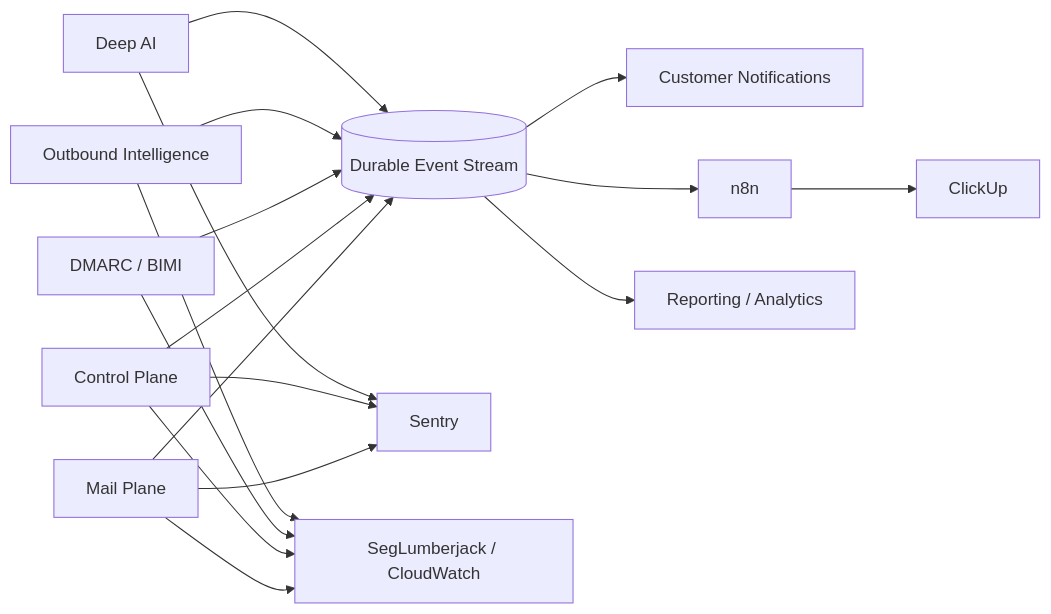
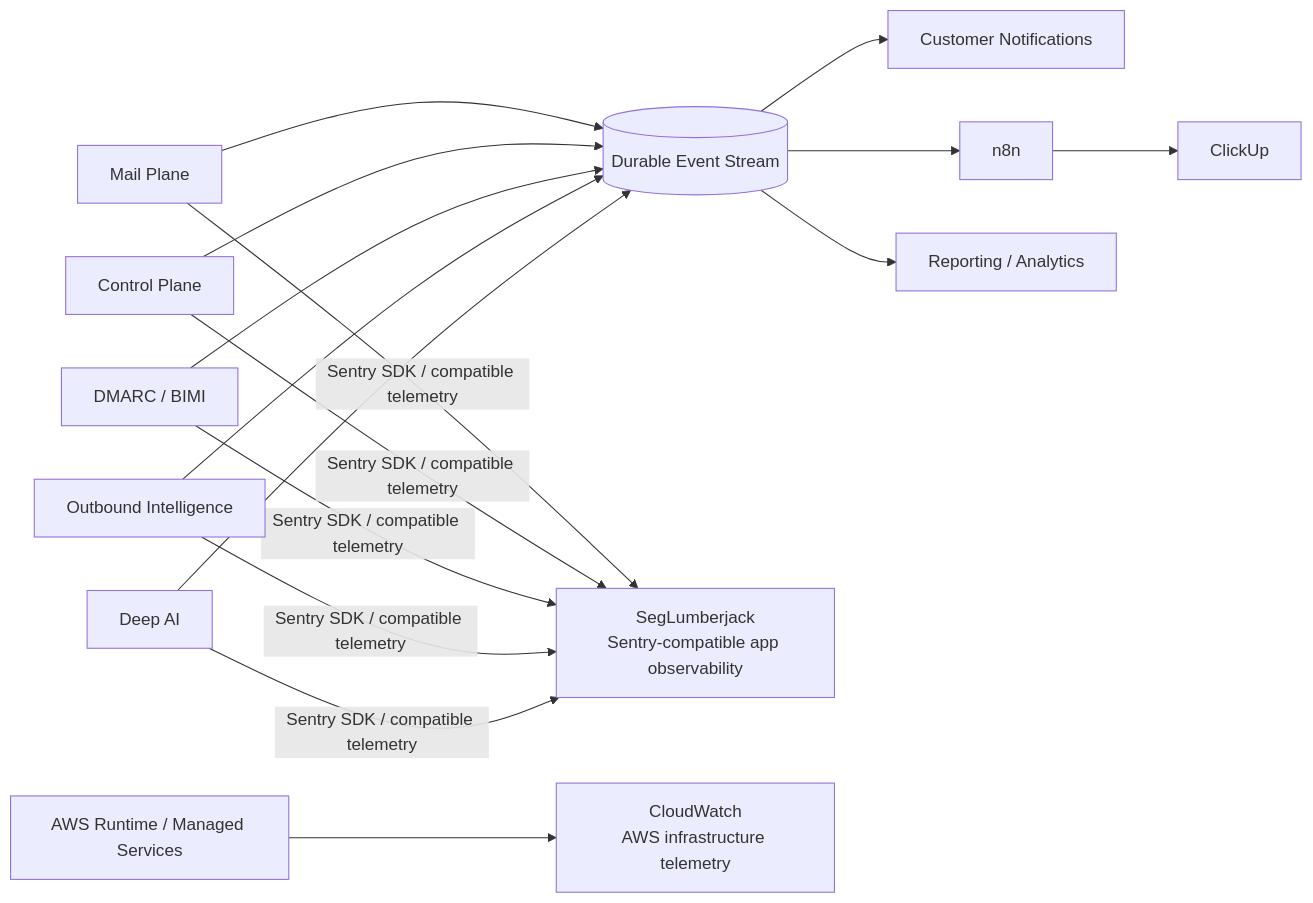
Before and after one commit to Oba-SEG/Nullapart: the diagram in docs/diagrams/07-event-operations-flow.mmd, drawn with Mermaid.

Commit message:
docs: correct observability event flow

```diff
--- a/docs/diagrams/07-event-operations-flow.mmd
+++ b/docs/diagrams/07-event-operations-flow.mmd
@@ -1,34 +1,33 @@
 flowchart LR
     Mail[Mail Plane]
     Control[Control Plane]
     DMARC[DMARC / BIMI]
     Outbound[Outbound Intelligence]
     DeepAI[Deep AI]
 
     Streams[(Durable Event Stream)]
 
     Notify[Customer Notifications]
     N8N[n8n]
     ClickUp[ClickUp]
-    Sentry[Sentry]
-    Logs[SegLumberjack / CloudWatch]
+    Seg[SegLumberjack\nSentry-compatible app observability]
+    CW[CloudWatch\nAWS infrastructure telemetry]
     Analytics[Reporting / Analytics]
 
     Mail --> Streams
     Control --> Streams
     DMARC --> Streams
     Outbound --> Streams
     DeepAI --> Streams
 
     Streams --> Notify
     Streams --> N8N --> ClickUp
     Streams --> Analytics
 
-    Mail --> Sentry
-    Control --> Sentry
-    DeepAI --> Sentry
+    Mail -->|Sentry SDK / compatible telemetry| Seg
+    Control -->|Sentry SDK / compatible telemetry| Seg
+    DMARC -->|Sentry SDK / compatible telemetry| Seg
+    Outbound -->|Sentry SDK / compatible telemetry| Seg
+    DeepAI -->|Sentry SDK / compatible telemetry| Seg
 
-    Mail --> Logs
-    Control --> Logs
-    DMARC --> Logs
-    Outbound --> Logs
+    AWS[AWS Runtime / Managed Services] --> CW
```
